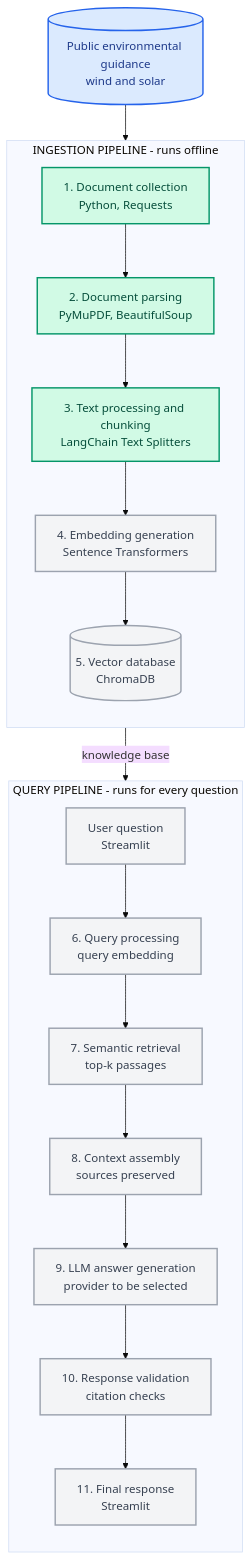
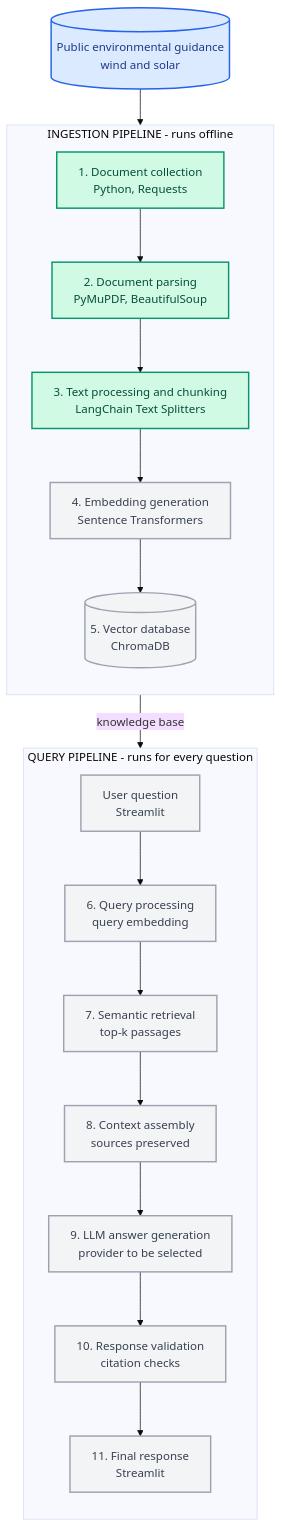
Before and after one commit to mansigupta101/renewable-energy-environmental-risk-rag: the diagram in README.md, drawn with Mermaid (base theme).

````diff
--- a/README.md
+++ b/README.md
@@ -30,37 +30,39 @@
 ```mermaid
+%%{init: {"flowchart": {"wrappingWidth": 260}}}%%
+
 flowchart TB
     SRC[("Public environmental guidance<br/>wind and solar")]
 
     subgraph ING["INGESTION PIPELINE - runs offline"]
         direction TB
         S1["1. Document collection<br/>Python, Requests"]
         S2["2. Document parsing<br/>PyMuPDF, BeautifulSoup"]
         S3["3. Text processing and chunking<br/>LangChain Text Splitters"]
         S4["4. Embedding generation<br/>Sentence Transformers"]
         S5[("5. Vector database<br/>ChromaDB")]
         S1 --> S2 --> S3 --> S4 --> S5
     end
 
     subgraph QRY["QUERY PIPELINE - runs for every question"]
         direction TB
         UQ["User question<br/>Streamlit"]
         S6["6. Query processing<br/>query embedding"]
         S7["7. Semantic retrieval<br/>top-k passages"]
         S8["8. Context assembly<br/>sources preserved"]
         S9["9. LLM answer generation<br/>provider to be selected"]
         S10["10. Response validation<br/>citation checks"]
         S11["11. Final response<br/>Streamlit"]
         UQ --> S6 --> S7 --> S8 --> S9 --> S10 --> S11
     end
 
     SRC --> S1
     S5 -->|knowledge base| S7
 
     classDef done fill:#d1fae5,stroke:#059669,stroke-width:2px,color:#064e3b
     classDef planned fill:#f3f4f6,stroke:#9ca3af,stroke-width:2px,color:#374151
     classDef source fill:#dbeafe,stroke:#2563eb,stroke-width:2px,color:#1e3a8a
 
     class S1,S2,S3 done
     class S4,S5,UQ,S6,S7,S8,S9,S10,S11 planned
     class SRC source
 ```
````
